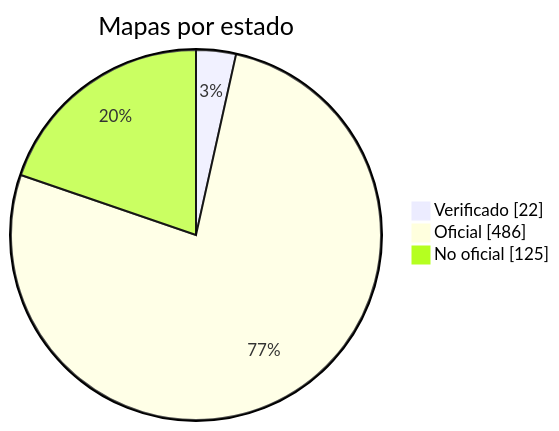
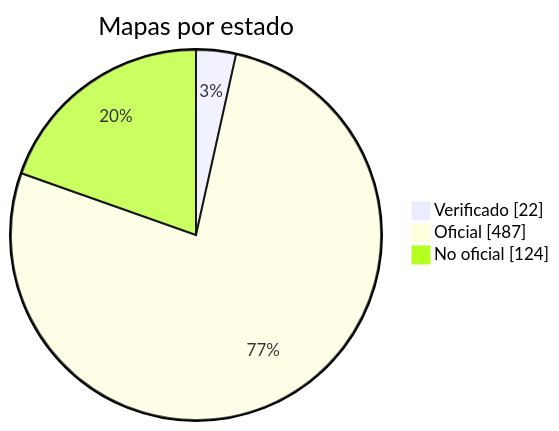
One commit to nobrega8/mbmap-library changed the diagram in docs/readme/README_ES.md. Above: the diagram before and after it, drawn with Mermaid. The commit also changed 6 other files, not shown here.

````diff
--- a/docs/readme/README_ES.md
+++ b/docs/readme/README_ES.md
@@ -54,7 +54,7 @@
 ```mermaid
 pie showData
     title Mapas por estado
     "Verificado" : 22
-    "Oficial" : 486
-    "No oficial" : 125
+    "Oficial" : 487
+    "No oficial" : 124
 ```
````
